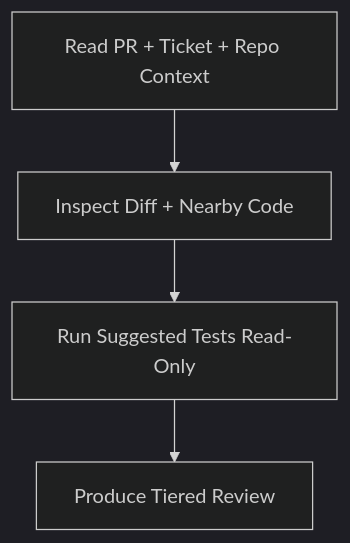
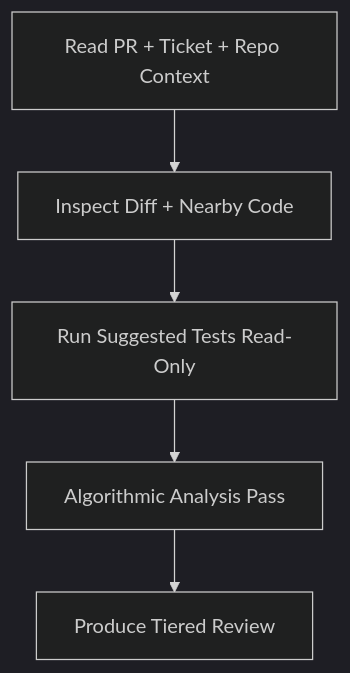
One commit to dotbrains/skills changed the second of 2 diagrams in skills/engineering/review/README.md. Above: the diagram before and after it, drawn with Mermaid (dark theme). The commit also changed other lines of this file and 1 other file, not shown here.

First line of the commit message:
feat(review): add algorithmic analysis pass

````diff
--- a/skills/engineering/review/README.md
+++ b/skills/engineering/review/README.md
@@ -22,6 +23,7 @@
 ```mermaid
 flowchart TD
   A[Read PR + Ticket + Repo Context] --> B[Inspect Diff + Nearby Code]
   B --> C[Run Suggested Tests Read-Only]
-  C --> D[Produce Tiered Review]
+  C --> E[Algorithmic Analysis Pass]
+  E --> D[Produce Tiered Review]
 ```
````
